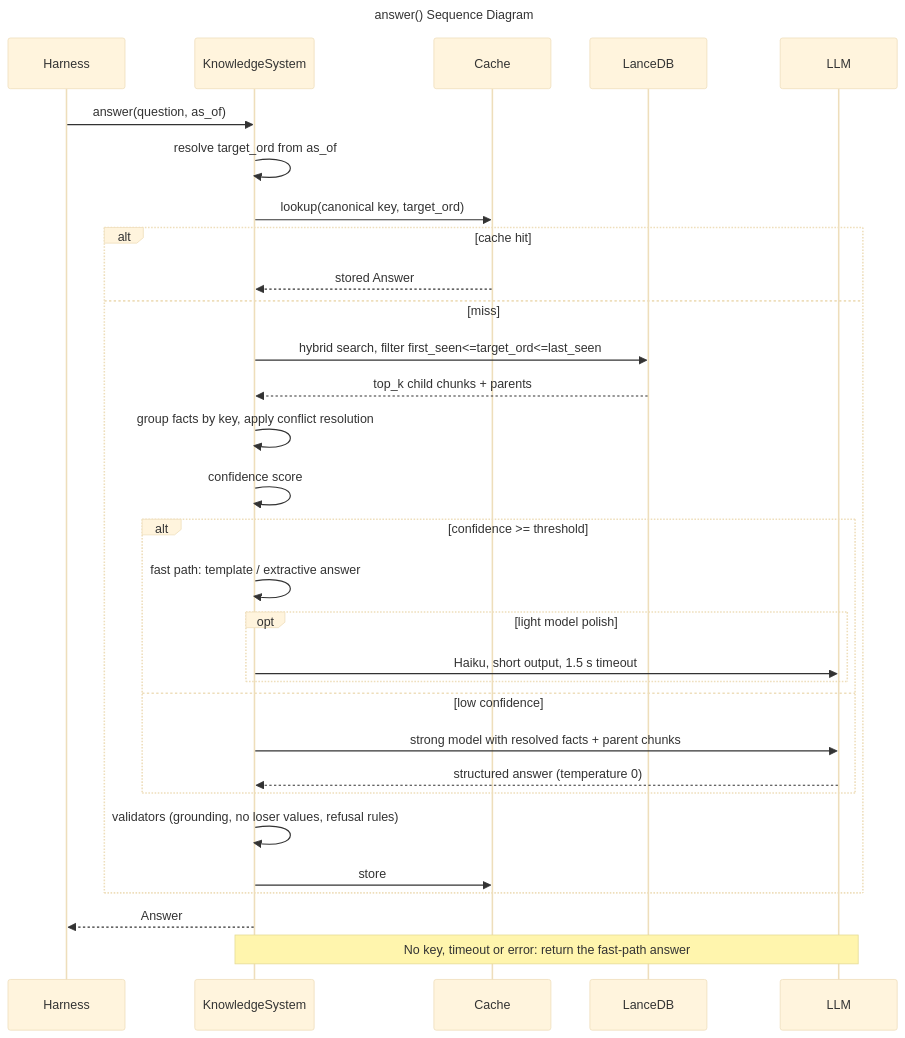
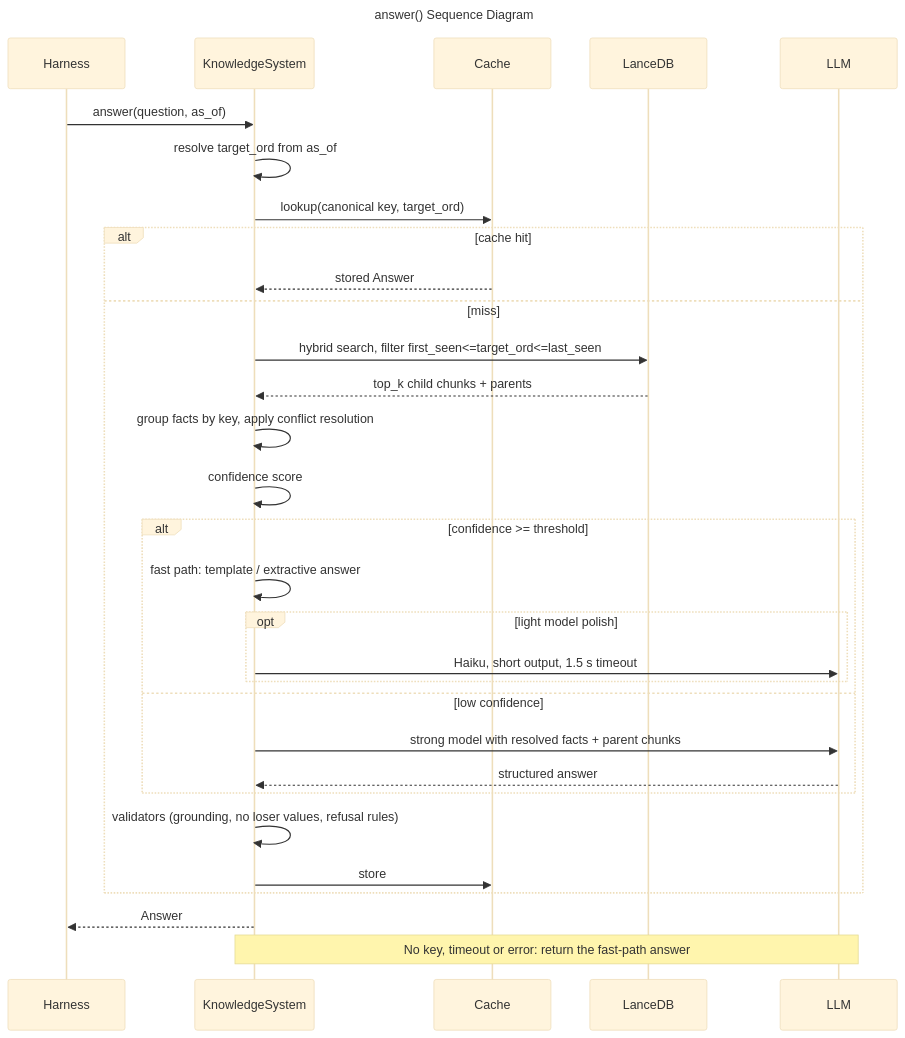
One commit to abster/KnowledgeSystem changed the third of 3 diagrams in DESIGN.md. Above: the diagram before and after it, drawn with Mermaid (base theme). The commit also changed other lines of this file and 29 other files, not shown here.

````diff
--- a/DESIGN.md
+++ b/DESIGN.md
@@ -369,36 +379,36 @@
 ```mermaid
 ---
 title: answer() Sequence Diagram
 ---
 sequenceDiagram
     participant H as Harness
     participant S as KnowledgeSystem
     participant C as Cache
     participant DB as LanceDB
     participant L as LLM
 
     H->>S: answer(question, as_of)
     S->>S: resolve target_ord from as_of
     S->>C: lookup(canonical key, target_ord)
     alt cache hit
         C-->>S: stored Answer
     else miss
         S->>DB: hybrid search, filter first_seen<=target_ord<=last_seen
         DB-->>S: top_k child chunks + parents
         S->>S: group facts by key, apply conflict resolution
         S->>S: confidence score
         alt confidence >= threshold
             S->>S: fast path: template / extractive answer
             opt light model polish
                 S->>L: Haiku, short output, 1.5 s timeout
             end
         else low confidence
             S->>L: strong model with resolved facts + parent chunks
-            L-->>S: structured answer (temperature 0)
+            L-->>S: structured answer
         end
         S->>S: validators (grounding, no loser values, refusal rules)
         S->>C: store
     end
     S-->>H: Answer
     Note over S,L: No key, timeout or error: return the fast-path answer
 ```
````
